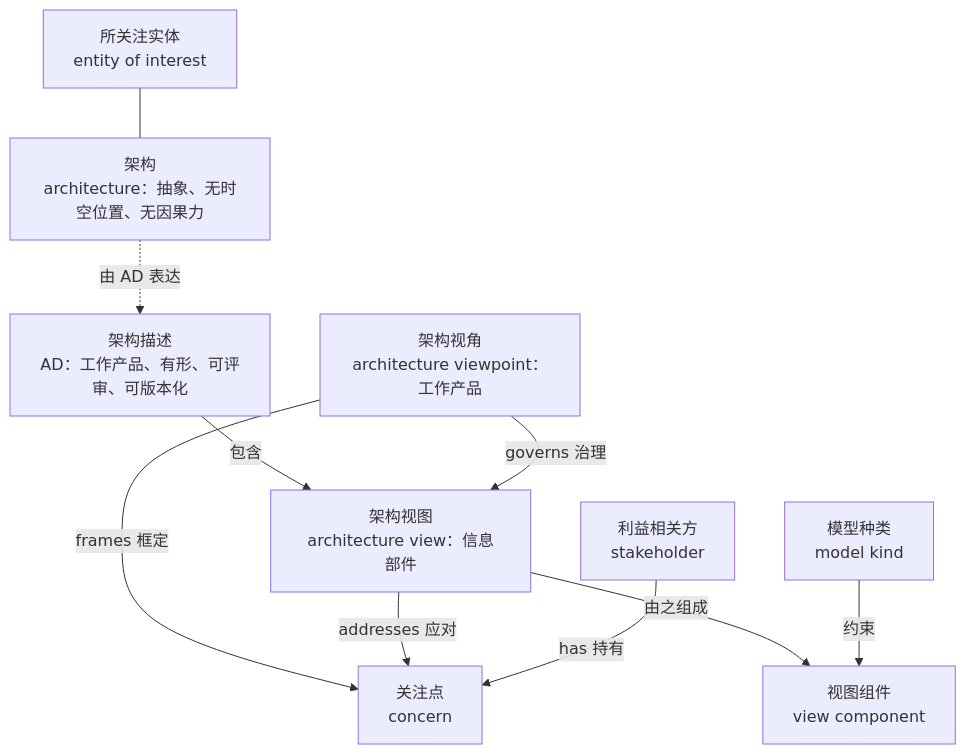
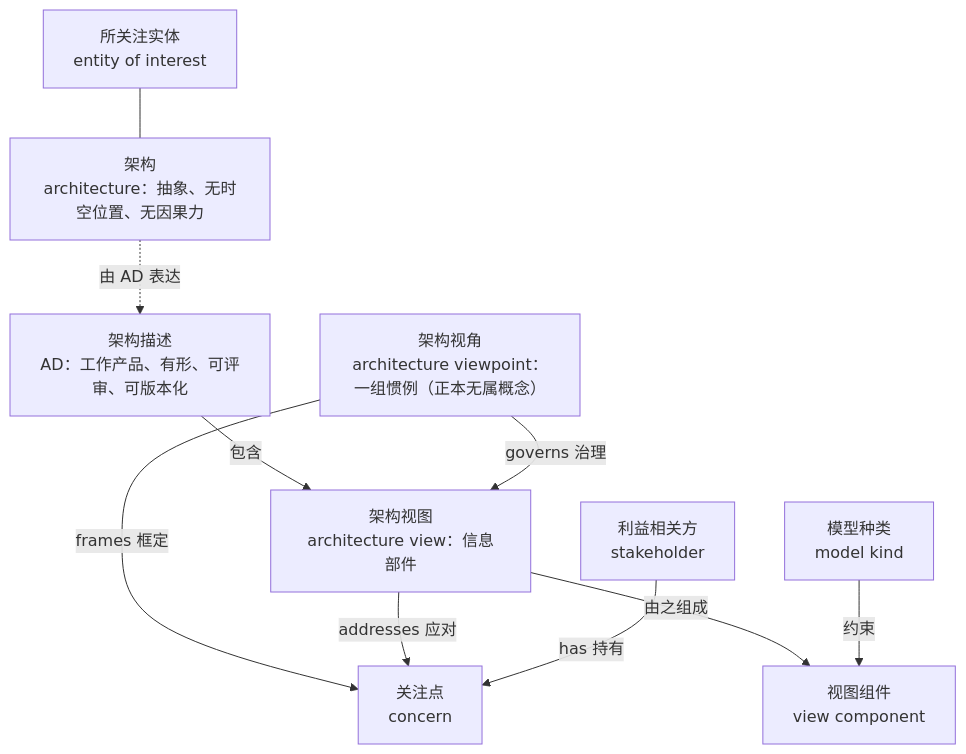
One commit to Yongjunzhou/AOS-system-design changed the first of 5 diagrams in 100-subprojects/01-系统工程研究/00-系统工程相关研究报告/30-架构描述核心概念研究报告-从四个定义到判据与治理接驳.md. Above: the diagram before and after it, drawn with Mermaid. The commit also changed other lines of this file and 45 other files, not shown here.

````diff
--- a/100-subprojects/01-系统工程研究/00-系统工程相关研究报告/30-架构描述核心概念研究报告-从四个定义到判据与治理接驳.md
+++ b/100-subprojects/01-系统工程研究/00-系统工程相关研究报告/30-架构描述核心概念研究报告-从四个定义到判据与治理接驳.md
@@ -159,22 +159,22 @@
 ```mermaid
 flowchart TB
     EOI["所关注实体<br/>entity of interest"]
     ARCH["架构<br/>architecture：抽象、无时空位置、无因果力"]
     AD["架构描述<br/>AD：工作产品、有形、可评审、可版本化"]
     V["架构视图<br/>architecture view：信息部件"]
-    VP["架构视角<br/>architecture viewpoint：工作产品"]
+    VP["架构视角<br/>architecture viewpoint：一组惯例（正本无属概念）"]
     C["关注点<br/>concern"]
     SH["利益相关方<br/>stakeholder"]
     VC["视图组件<br/>view component"]
     MK["模型种类<br/>model kind"]
 
     EOI --- ARCH
     ARCH -.->|"由 AD 表达"| AD
     AD -->|"包含"| V
     VP -->|"governs 治理"| V
     VP -->|"frames 框定"| C
     V -->|"addresses 应对"| C
     SH -->|"has 持有"| C
     V -->|"由之组成"| VC
     MK -->|"约束"| VC
 ```
````
